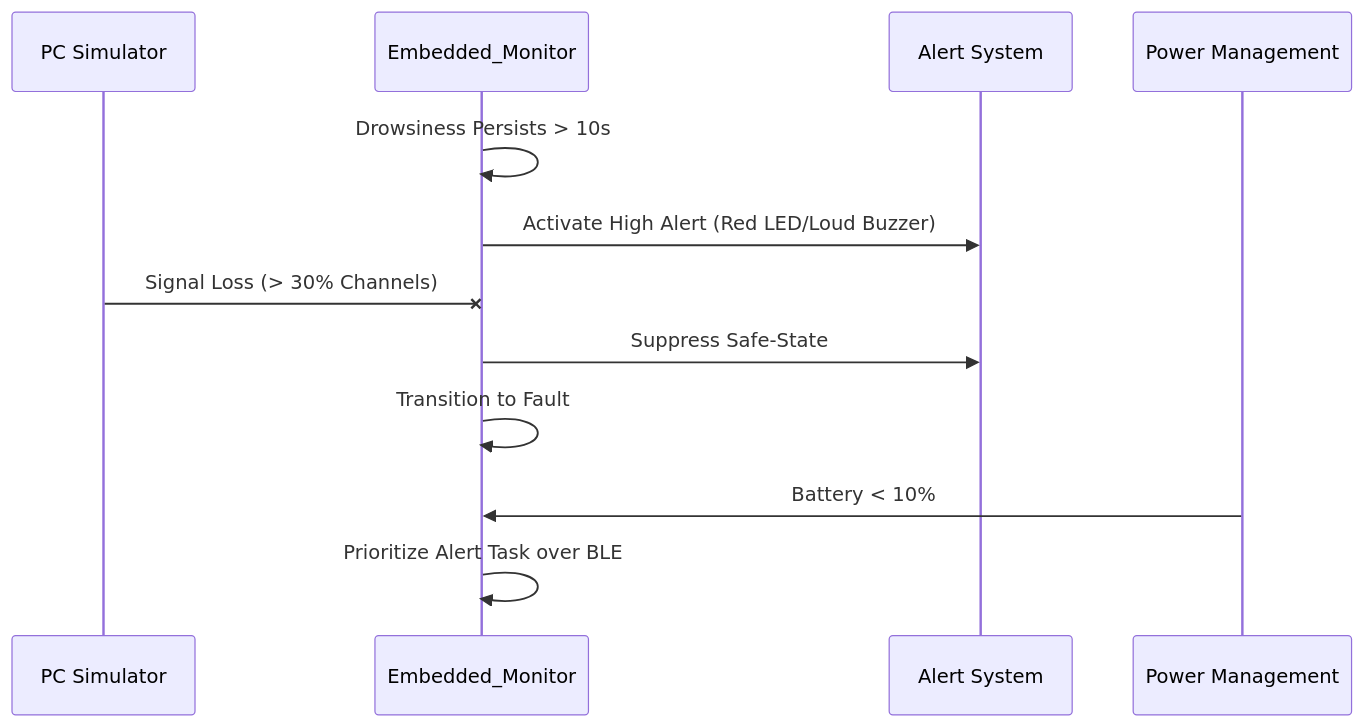
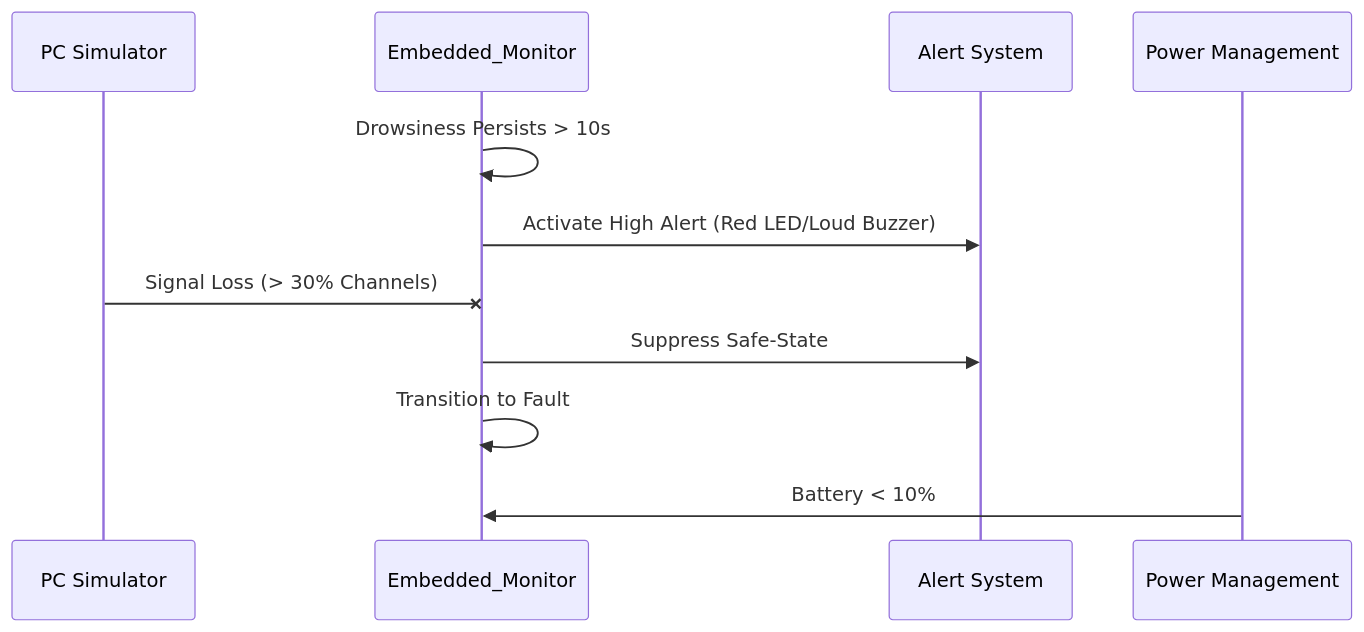
Before and after one commit to csg523/project-p1-eeg-drowsiness: the third of 4 diagrams in docs/sections/sdlc-traceability.md, drawn with Mermaid.

Commit message:
Updated the SDLC traceability document

````diff
--- a/docs/sections/sdlc-traceability.md
+++ b/docs/sections/sdlc-traceability.md
@@ -55,21 +55,20 @@
 ```mermaid
 sequenceDiagram
     participant Sim as PC Simulator
     participant MCU as Embedded_Monitor
     participant Alert as Alert System
     participant PMU as Power Management
 
     
     MCU->>MCU: Drowsiness Persists > 10s
     MCU->>Alert: Activate High Alert (Red LED/Loud Buzzer)
 
     
     Sim-xMCU: Signal Loss (> 30% Channels)
     MCU->>Alert: Suppress Safe-State
     MCU->>MCU: Transition to Fault
 
     
     PMU->>MCU: Battery < 10%
-    MCU->>MCU: Prioritize Alert Task over BLE
 
 ```
````
